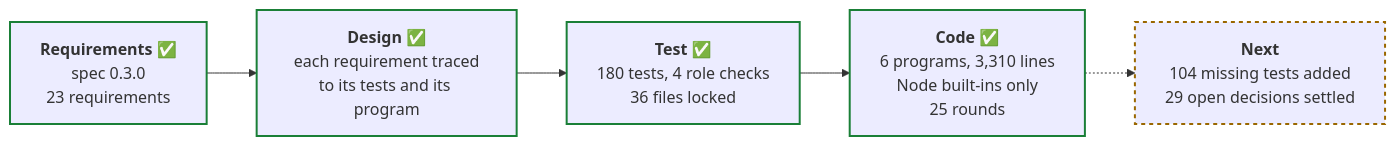
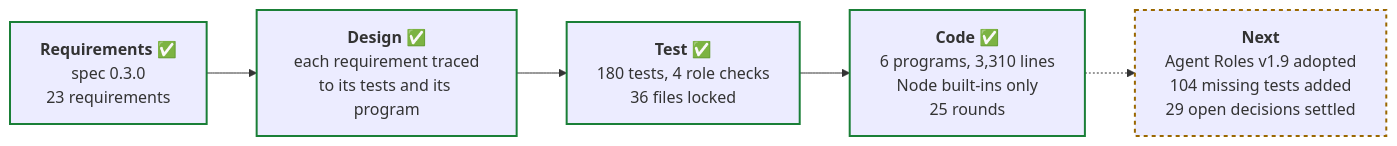
The third of 5 diagrams in README.md (PaulDuvall/adlc-security-reviewer), drawn with Mermaid before and after one commit. The commit also changed other lines of this file and 1 other file, not shown here.

````diff
--- a/README.md
+++ b/README.md
@@ -277,13 +282,13 @@
 ```mermaid
 flowchart LR
   req["<b>Requirements</b> ✅<br/>spec 0.3.0<br/>23 requirements"]
   des["<b>Design</b> ✅<br/>each requirement traced<br/>to its tests and its program"]
   tst["<b>Test</b> ✅<br/>180 tests, 4 role checks<br/>36 files locked"]
   cod["<b>Code</b> ✅<br/>6 programs, 3,310 lines<br/>Node built-ins only<br/>25 rounds"]
-  nxt["<b>Next</b><br/>104 missing tests added<br/>29 open decisions settled"]
+  nxt["<b>Next</b><br/>Agent Roles v1.9 adopted<br/>104 missing tests added<br/>29 open decisions settled"]
   req --> des --> tst --> cod -.-> nxt
   classDef done stroke:#1a7f37,stroke-width:2px
   classDef next stroke:#9a6700,stroke-width:2px,stroke-dasharray:4
   class req,des,tst,cod done
   class nxt next
 ```
````
